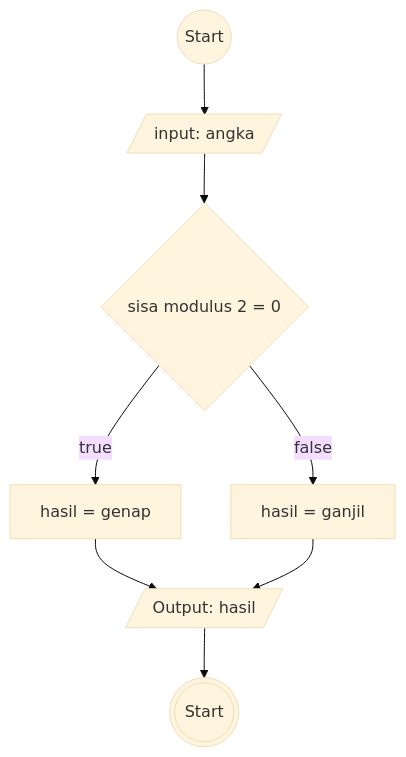
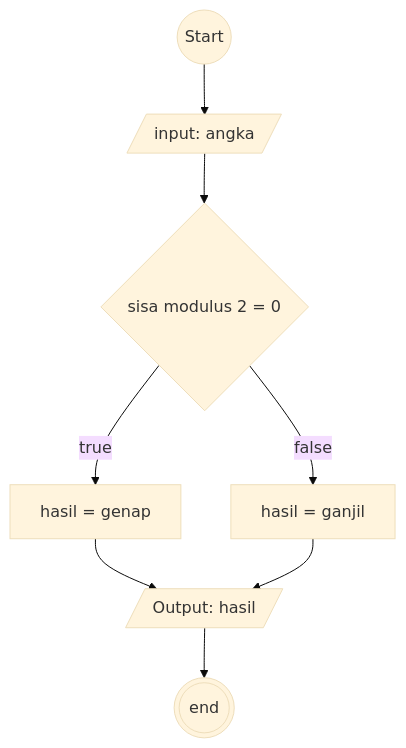
Before and after one commit to fatawaimamalmuftin/koda-b8-Algoritma: the diagram in ganjilGenap.md, drawn with Mermaid (base theme).

Commit message:
Algoritma type penulisan : FlowChart
Case: Membuat algoritma menentukan bilangan ganjil atau genap

````diff
--- a/ganjilGenap.md
+++ b/ganjilGenap.md
@@ -15,20 +15,20 @@
 ```mermaid
 flowchart TD
 
 mulai@{shape: circle, label: "Start"}
 angka@{ shape: lean-r, label: "input: angka" }
 modulus@{ shape: diamond, label: "sisa modulus 2 = 0" }
 hasilGn@{ shape: rect, label: "hasil = genap" }
 hasilGj@{ shape: rect, label: "hasil = ganjil"}
 hasil@{ shape: lean-r, label: "Output: hasil"}
-selesai@{shape: doublecircle, label: "Start"}
+selesai@{shape: doublecircle, label: "end"}
 
 mulai-->
 angka-->
 modulus--true-->hasilGn
 modulus--false-->hasilGj
 hasilGn-->hasil
 hasilGj-->hasil
 hasil-->selesai
 
 ```
````
